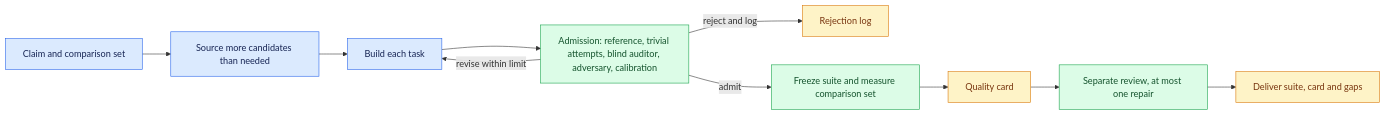
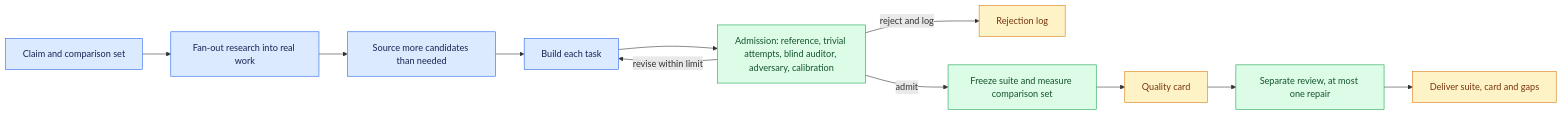
The diagram in example-workflows/benchmaker/DESIGN.md (DanMcInerney/orchflows), drawn with Mermaid before and after one commit. The commit also changed other lines of this file and 10 other files, not shown here.

First line of the commit message:
Start Benchmaker with goal-guided research into real work

````diff
--- a/example-workflows/benchmaker/DESIGN.md
+++ b/example-workflows/benchmaker/DESIGN.md
@@ -23,18 +23,19 @@
 ```mermaid
 flowchart LR
-    A[Claim and comparison set] --> B[Source more candidates than needed]
+    A[Claim and comparison set] --> Q[Fan-out research into real work]
+    Q --> B[Source more candidates than needed]
     B --> C[Build each task]
     C --> D[Admission: reference, trivial attempts, blind auditor, adversary, calibration]
     D -->|revise within limit| C
     D -->|reject and log| R[Rejection log]
     D -->|admit| E[Freeze suite and measure comparison set]
     E --> F[Quality card]
     F --> G[Separate review, at most one repair]
     G --> H[Deliver suite, card and gaps]
     classDef make fill:#dbeafe,stroke:#2563eb,color:#172554
     classDef check fill:#dcfce7,stroke:#16a34a,color:#14532d
     classDef result fill:#fef3c7,stroke:#d97706,color:#78350f
-    class A,B,C make
+    class A,Q,B,C make
     class D,E,G check
     class F,H,R result
 ```
````
